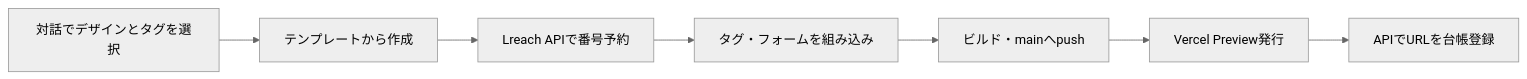
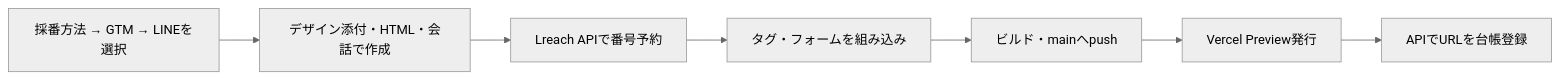
The diagram in README.md (ohnotetsuo1999/lreach_lp_deaeru), drawn with Mermaid (neutral theme) before and after one commit. The commit also changed other lines of this file and 7 other files, not shown here.

````diff
--- a/README.md
+++ b/README.md
@@ -24,9 +24,9 @@
 ```mermaid
 flowchart LR
-  A[対話でデザインとタグを選択] --> B[テンプレートから作成]
+  A[採番方法 → GTM → LINEを選択] --> B[デザイン添付・HTML・会話で作成]
   B --> C[Lreach APIで番号予約]
   C --> D[タグ・フォームを組み込み]
   D --> E[ビルド・mainへpush]
   E --> F[Vercel Preview発行]
   F --> G[APIでURLを台帳登録]
 ```
````
